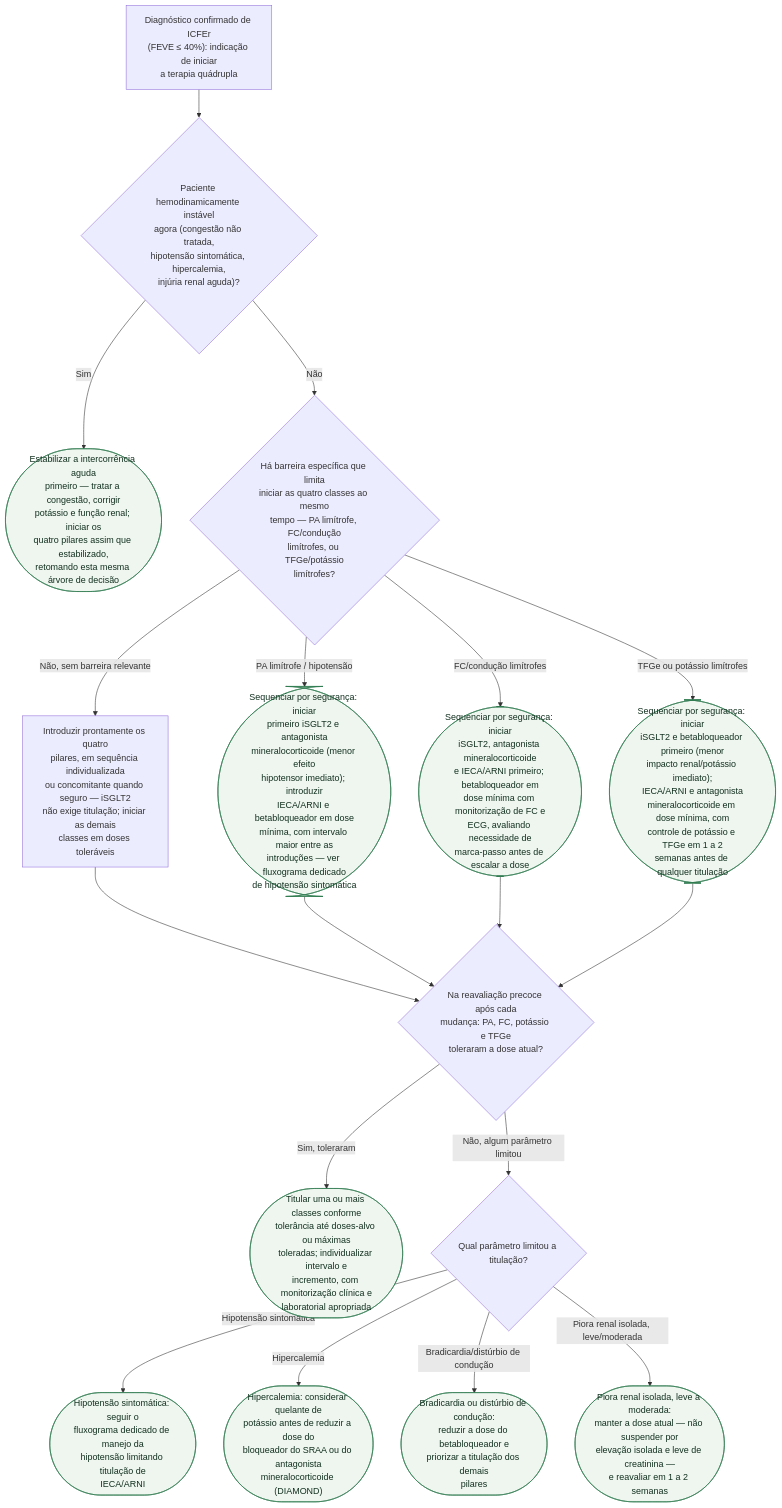
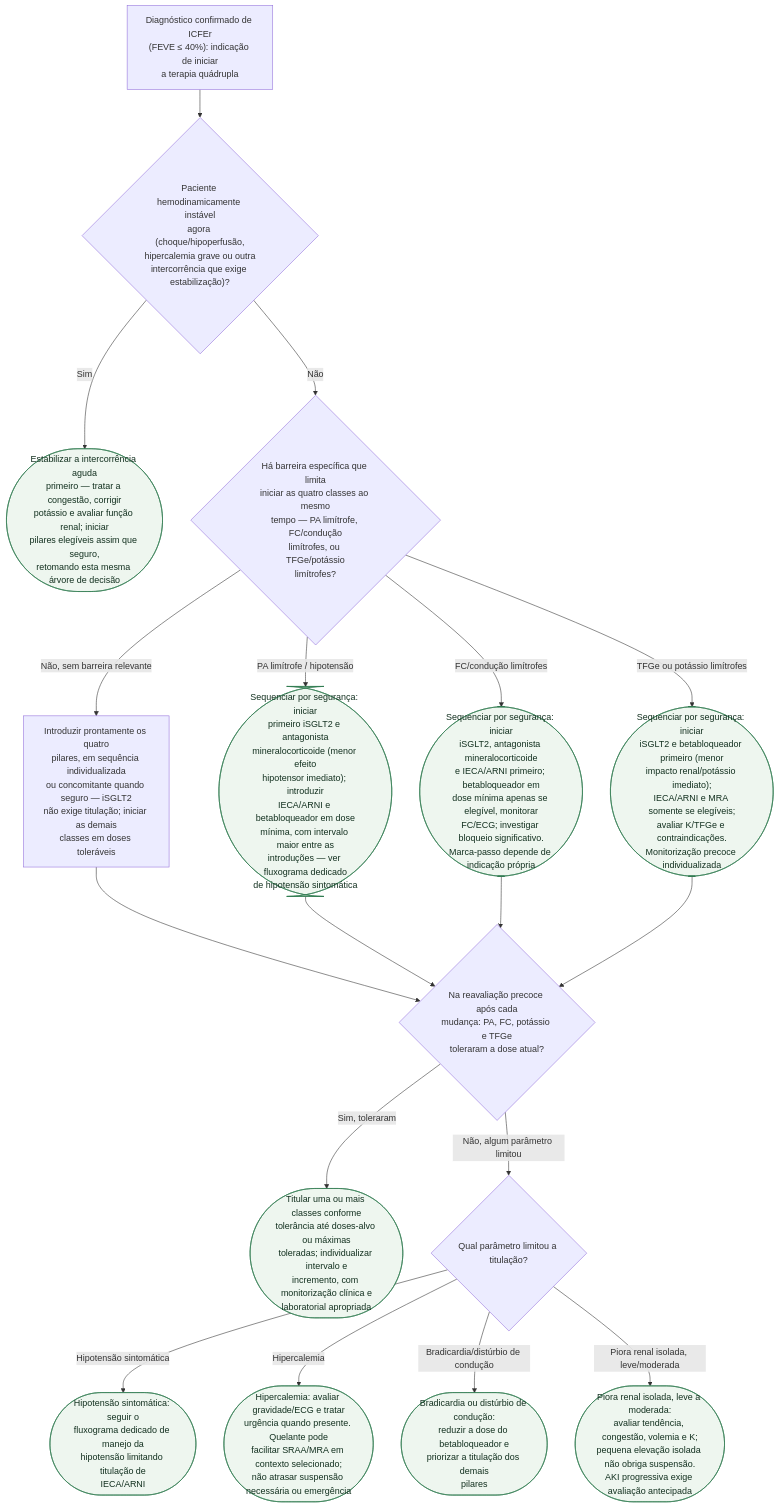
Before and after one commit to rafaelpaesmeirelles/MeuCardio: the diagram in content/Insuficiência_cardíaca/fluxograma-sequenciamento-titulacao-terapia-quadrupla-icfer.md, drawn with Mermaid. The commit also changed other lines of this file and 33 other files, not shown here.

````diff
--- a/content/Insuficiência_cardíaca/fluxograma-sequenciamento-titulacao-terapia-quadrupla-icfer.md
+++ b/content/Insuficiência_cardíaca/fluxograma-sequenciamento-titulacao-terapia-quadrupla-icfer.md
@@ -29,39 +59,39 @@
 ```mermaid
 flowchart TD
   R0["Diagnóstico confirmado de ICFEr<br/>(FEVE ≤ 40%): indicação de iniciar<br/>a terapia quádrupla"]
-  D1{"Paciente hemodinamicamente instável<br/>agora (congestão não tratada,<br/>hipotensão sintomática, hipercalemia,<br/>injúria renal aguda)?"}
-  C1(["Estabilizar a intercorrência aguda<br/>primeiro — tratar a congestão, corrigir<br/>potássio e função renal; iniciar os<br/>quatro pilares assim que estabilizado,<br/>retomando esta mesma árvore de decisão"])
+  D1{"Paciente hemodinamicamente instável<br/>agora (choque/hipoperfusão,<br/>hipercalemia grave ou outra<br/>intercorrência que exige estabilização)?"}
+  C1(["Estabilizar a intercorrência aguda<br/>primeiro — tratar a congestão, corrigir<br/>potássio e avaliar função renal; iniciar<br/>pilares elegíveis assim que seguro,<br/>retomando esta mesma árvore de decisão"])
   D2{"Há barreira específica que limita<br/>iniciar as quatro classes ao mesmo<br/>tempo — PA limítrofe, FC/condução<br/>limítrofes, ou TFGe/potássio<br/>limítrofes?"}
   P1["Introduzir prontamente os quatro<br/>pilares, em sequência individualizada<br/>ou concomitante quando seguro — iSGLT2<br/>não exige titulação; iniciar as demais<br/>classes em doses toleráveis"]
   C2(["Sequenciar por segurança: iniciar<br/>primeiro iSGLT2 e antagonista<br/>mineralocorticoide (menor efeito<br/>hipotensor imediato); introduzir<br/>IECA/ARNI e betabloqueador em dose<br/>mínima, com intervalo maior entre as<br/>introduções — ver fluxograma dedicado<br/>de hipotensão sintomática"])
-  C3(["Sequenciar por segurança: iniciar<br/>iSGLT2, antagonista mineralocorticoide<br/>e IECA/ARNI primeiro; betabloqueador em<br/>dose mínima com monitorização de FC e<br/>ECG, avaliando necessidade de<br/>marca-passo antes de escalar a dose"])
-  C4(["Sequenciar por segurança: iniciar<br/>iSGLT2 e betabloqueador primeiro (menor<br/>impacto renal/potássio imediato);<br/>IECA/ARNI e antagonista<br/>mineralocorticoide em dose mínima, com<br/>controle de potássio e TFGe em 1 a 2<br/>semanas antes de qualquer titulação"])
+  C3(["Sequenciar por segurança: iniciar<br/>iSGLT2, antagonista mineralocorticoide<br/>e IECA/ARNI primeiro; betabloqueador em<br/>dose mínima apenas se elegível, monitorar<br/>FC/ECG; investigar bloqueio significativo.<br/>Marca-passo depende de indicação própria"])
+  C4(["Sequenciar por segurança: iniciar<br/>iSGLT2 e betabloqueador primeiro (menor<br/>impacto renal/potássio imediato);<br/>IECA/ARNI e MRA somente se elegíveis;<br/>avaliar K/TFGe e contraindicações.<br/>Monitorização precoce individualizada"])
   D3{"Na reavaliação precoce após cada<br/>mudança: PA, FC, potássio e TFGe<br/>toleraram a dose atual?"}
   C5(["Titular uma ou mais classes conforme<br/>tolerância até doses-alvo ou máximas<br/>toleradas; individualizar intervalo e<br/>incremento, com monitorização clínica e<br/>laboratorial apropriada"])
   D4{"Qual parâmetro limitou a titulação?"}
   C6(["Hipotensão sintomática: seguir o<br/>fluxograma dedicado de manejo da<br/>hipotensão limitando titulação de<br/>IECA/ARNI"])
-  C7(["Hipercalemia: considerar quelante de<br/>potássio antes de reduzir a dose do<br/>bloqueador do SRAA ou do antagonista<br/>mineralocorticoide (DIAMOND)"])
+  C7(["Hipercalemia: avaliar gravidade/ECG e tratar<br/>urgência quando presente. Quelante pode<br/>facilitar SRAA/MRA em contexto selecionado;<br/>não atrasar suspensão necessária ou emergência"])
   C8(["Bradicardia ou distúrbio de condução:<br/>reduzir a dose do betabloqueador e<br/>priorizar a titulação dos demais<br/>pilares"])
-  C9(["Piora renal isolada, leve a moderada:<br/>manter a dose atual — não suspender por<br/>elevação isolada e leve de creatinina —<br/>e reavaliar em 1 a 2 semanas"])
+  C9(["Piora renal isolada, leve a moderada:<br/>avaliar tendência, congestão, volemia e K;<br/>pequena elevação isolada não obriga suspensão.<br/>AKI progressiva exige avaliação antecipada"])
 
   R0 --> D1
   D1 -->|"Sim"| C1
   D1 -->|"Não"| D2
   D2 -->|"Não, sem barreira relevante"| P1
   D2 -->|"PA limítrofe / hipotensão"| C2
   D2 -->|"FC/condução limítrofes"| C3
   D2 -->|"TFGe ou potássio limítrofes"| C4
   P1 --> D3
   C2 --> D3
   C3 --> D3
   C4 --> D3
   D3 -->|"Sim, toleraram"| C5
   D3 -->|"Não, algum parâmetro limitou"| D4
   D4 -->|"Hipotensão sintomática"| C6
   D4 -->|"Hipercalemia"| C7
   D4 -->|"Bradicardia/distúrbio de condução"| C8
   D4 -->|"Piora renal isolada, leve/moderada"| C9
 
   classDef conduta fill:#eef6ef,stroke:#2f7a4f,color:#12301f;
   class C1,C2,C3,C4,C5,C6,C7,C8,C9 conduta;
 ```
````
